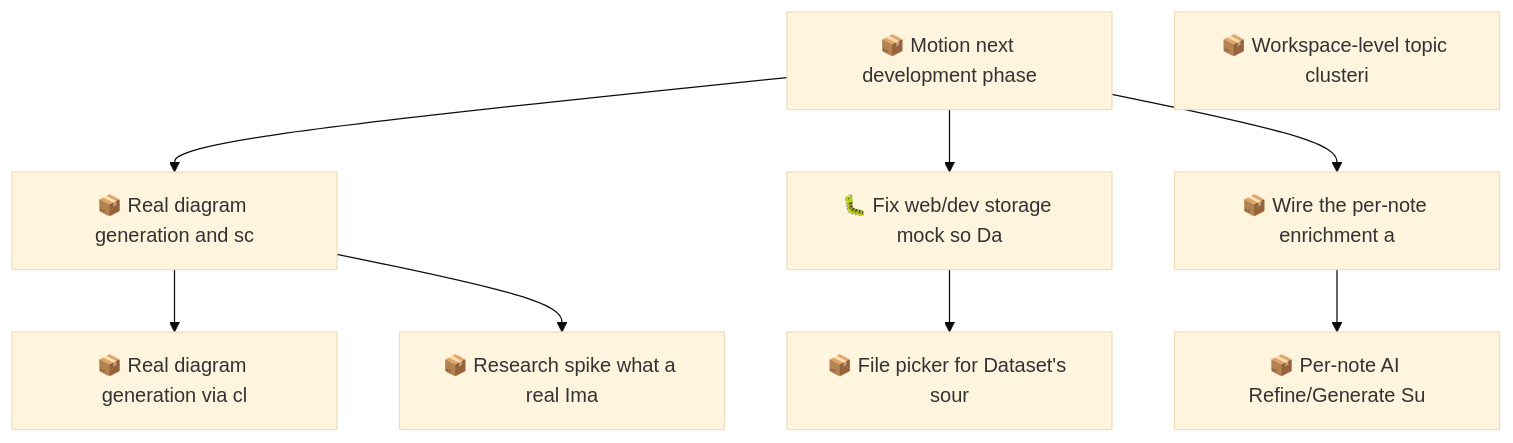
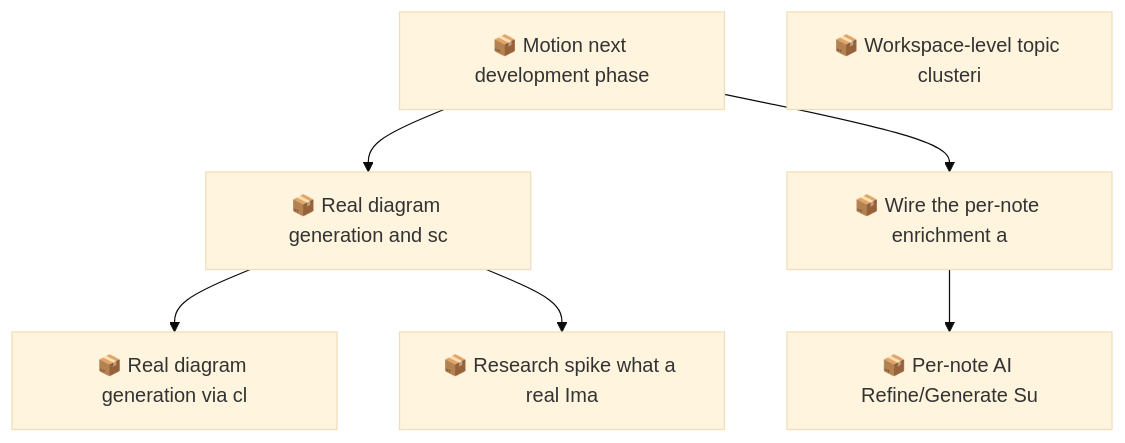
One commit to SpillwaveSolutions/motion changed the second of 2 diagrams in docs/roadmap.md. Above: the diagram before and after it, drawn with Mermaid (base theme). The commit also changed other lines of this file and 12 other files, not shown here.

````diff
--- a/docs/roadmap.md
+++ b/docs/roadmap.md
@@ -75,19 +63,15 @@
 ```mermaid
 graph TD
     01KYFZ6RBHABFSC9K9NJ90168Q["📦 Motion next development phase"]
     01KYFZ6RBJ5718M3GQPAB76RHS["📦 Real diagram generation and sc"]
-    01KYFZ6RBJC07FEQ0FT0KQ302M["🐛 Fix web/dev storage mock so Da"]
     01KYFZ6RBJCWMMF7THJZFB6943["📦 Real diagram generation via cl"]
     01KYFZ6RBJEYPZ9RX0F86490TM["📦 Research spike what a real Ima"]
-    01KYFZ6RBJT7FG0G30WYS3YF6Q["📦 File picker for Dataset's sour"]
     01KYFZ6RBJV920SFW0MAN9MX9J["📦 Wire the per-note enrichment a"]
     01KYFZ6RBJZNYDT9AK2V0RA11T["📦 Per-note AI Refine/Generate Su"]
     01KYFZ8RGR06XBSG9CH4TEWYJY["📦 Workspace-level topic clusteri"]
     01KYFZ6RBHABFSC9K9NJ90168Q --> 01KYFZ6RBJ5718M3GQPAB76RHS
-    01KYFZ6RBHABFSC9K9NJ90168Q --> 01KYFZ6RBJC07FEQ0FT0KQ302M
     01KYFZ6RBJ5718M3GQPAB76RHS --> 01KYFZ6RBJCWMMF7THJZFB6943
     01KYFZ6RBJ5718M3GQPAB76RHS --> 01KYFZ6RBJEYPZ9RX0F86490TM
-    01KYFZ6RBJC07FEQ0FT0KQ302M --> 01KYFZ6RBJT7FG0G30WYS3YF6Q
     01KYFZ6RBHABFSC9K9NJ90168Q --> 01KYFZ6RBJV920SFW0MAN9MX9J
     01KYFZ6RBJV920SFW0MAN9MX9J --> 01KYFZ6RBJZNYDT9AK2V0RA11T
 ```
````
